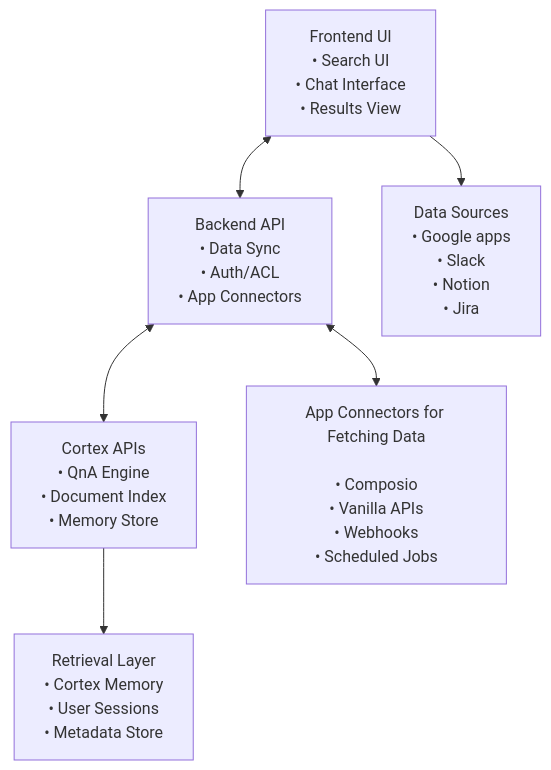
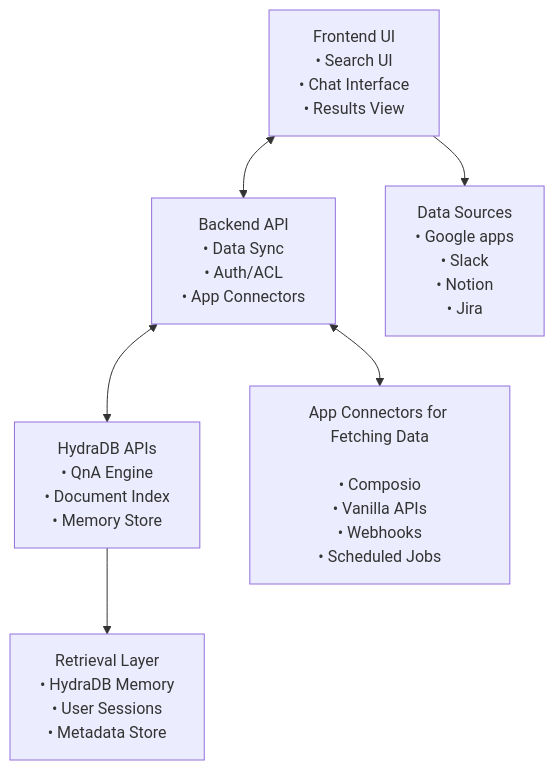
One commit to rupamghosh2006/mintlify-docs changed the diagram in use-cases/glean-clone.mdx. Above: the diagram before and after it, drawn with Mermaid. The commit also changed other lines of this file and 39 other files, not shown here.

````diff
--- a/use-cases/glean-clone.mdx
+++ b/use-cases/glean-clone.mdx
@@ -25,16 +25,16 @@
 ```mermaid
 graph TD
     A["Frontend UI<br/>• Search UI<br/>• Chat Interface<br/>• Results View"] 
     B["Backend API<br/>• Data Sync<br/>• Auth/ACL<br/>• App Connectors"]
-    C["Cortex APIs<br/>• QnA Engine<br/>• Document Index<br/>• Memory Store"]
+    C["HydraDB APIs<br/>• QnA Engine<br/>• Document Index<br/>• Memory Store"]
     
     D["Data Sources<br/>• Google apps<br/>• Slack<br/>• Notion<br/>• Jira"]
     E["App Connectors for Fetching Data<br/><br/>• Composio<br/>• Vanilla APIs<br/>• Webhooks<br/>• Scheduled Jobs"]
-    F["Retrieval Layer<br/>• Cortex Memory<br/>• User Sessions<br/>• Metadata Store"]
+    F["Retrieval Layer<br/>• HydraDB Memory<br/>• User Sessions<br/>• Metadata Store"]
     
     A <--> B
     B <--> C
     A --> D
     B <--> E
     C --> F
 ```
````
